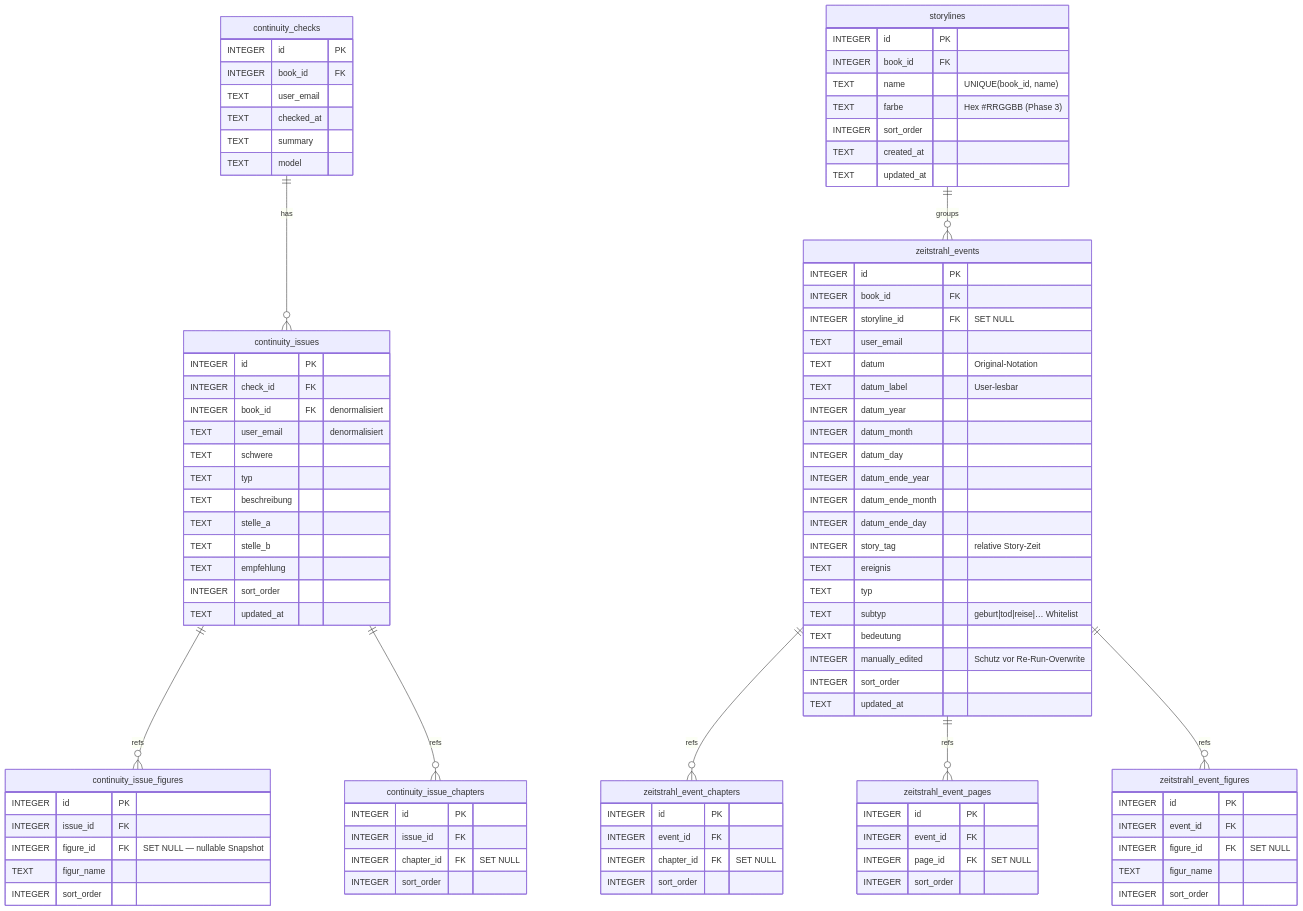
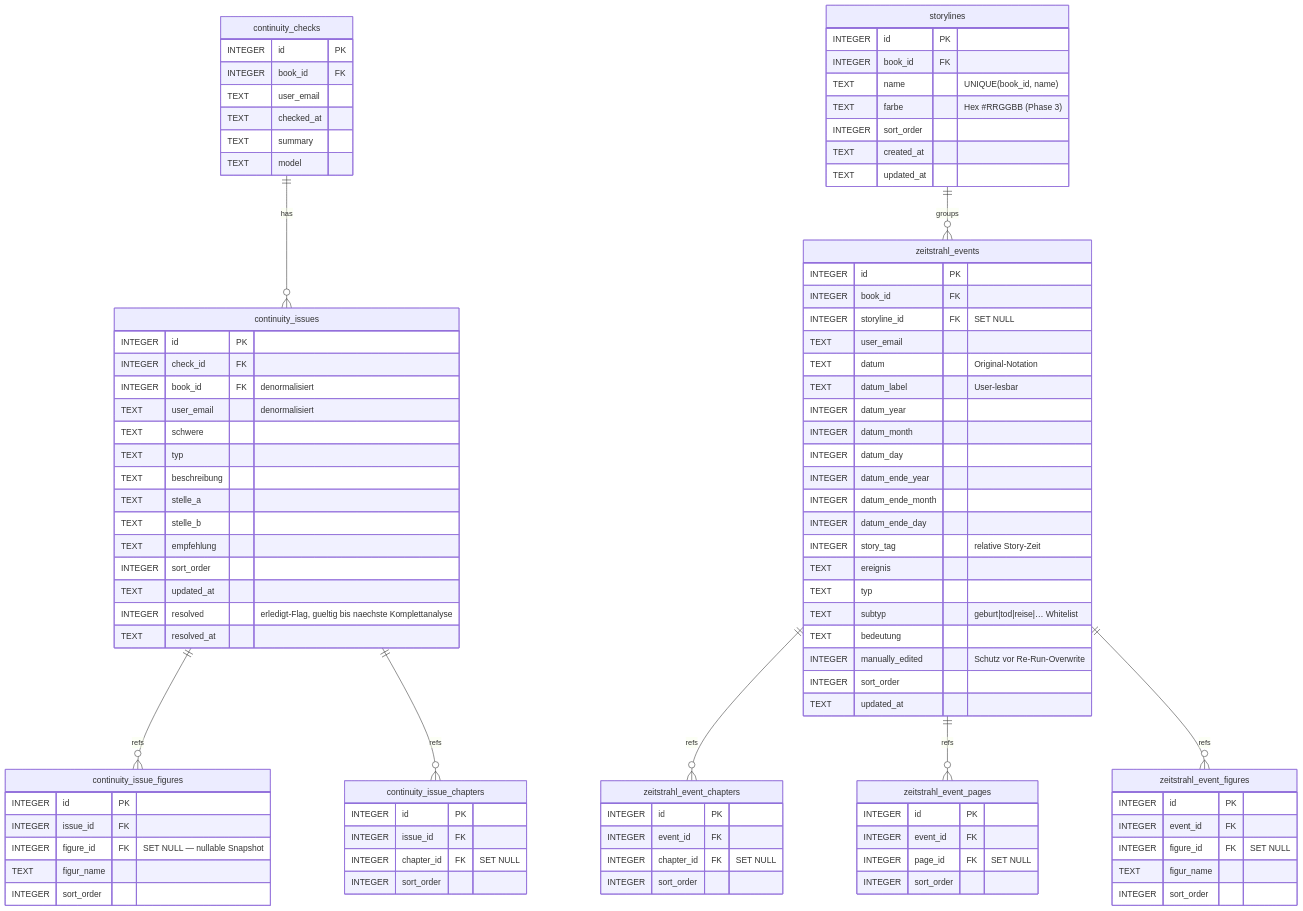
One commit to bedeberger/schreibwerkstatt changed the fifth of 6 diagrams in docs/erd.md. Above: the diagram before and after it, drawn with Mermaid. The commit also changed other lines of this file and 21 other files, not shown here.

```diff
--- a/docs/erd.md
+++ b/docs/erd.md
@@ -556,6 +556,8 @@
     TEXT    empfehlung
     INTEGER sort_order
     TEXT    updated_at
+    INTEGER resolved "erledigt-Flag, gueltig bis naechste Komplettanalyse"
+    TEXT    resolved_at
   }
   continuity_issue_figures {
     INTEGER id         PK
```
